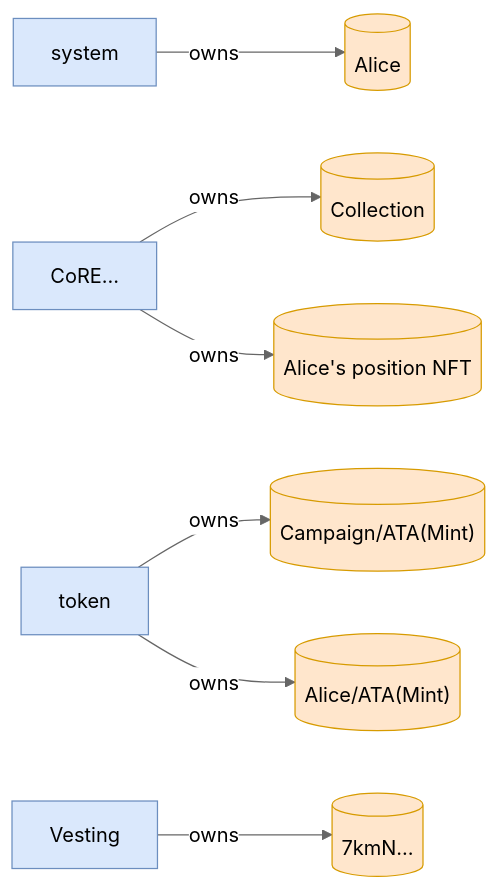
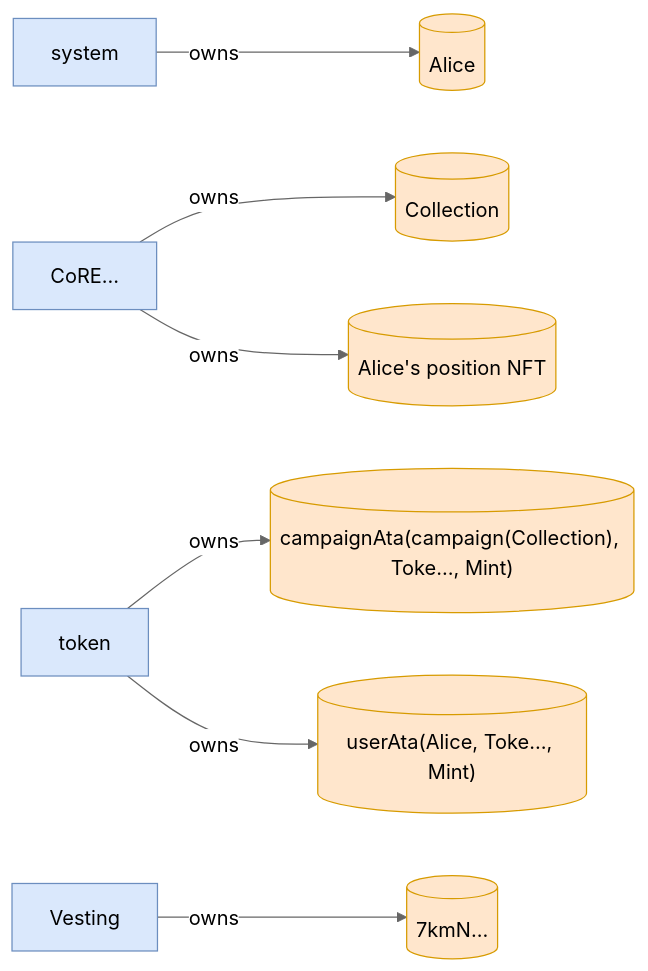
One commit to cds-turbin3/vesting-position changed diagram 12 of 12 in babelfish-tests/test-report/vested_tokens_are_forfeited_past_the_grace_window.md. Above: the diagram before and after it, drawn with Mermaid (neutral theme). The commit also changed other lines of this file and 51 other files, not shown here.

````diff
--- a/babelfish-tests/test-report/vested_tokens_are_forfeited_past_the_grace_window.md
+++ b/babelfish-tests/test-report/vested_tokens_are_forfeited_past_the_grace_window.md
@@ -543,22 +495,22 @@
 ```mermaid
 flowchart LR
     system["system"]:::program
     Alice[("Alice")]:::state
     CoRE["CoRE…"]:::program
     Collection[("Collection")]:::state
     token["token"]:::program
-    CampaignATAMint[("Campaign/ATA(Mint)")]:::state
-    AliceATAMint[("Alice/ATA(Mint)")]:::state
+    campaignAtacampaignCollectionTokeMint[("campaignAta(campaign(Collection), Toke…, Mint)")]:::state
+    userAtaAliceTokeMint[("userAta(Alice, Toke…, Mint)")]:::state
     AlicespositionNFT[("Alice's position NFT")]:::state
     Vesting["Vesting"]:::program
     7kmN[("7kmN…")]:::state
     system -->|owns| Alice
     CoRE -->|owns| Collection
-    token -->|owns| CampaignATAMint
-    token -->|owns| AliceATAMint
+    token -->|owns| campaignAtacampaignCollectionTokeMint
+    token -->|owns| userAtaAliceTokeMint
     CoRE -->|owns| AlicespositionNFT
     Vesting -->|owns| 7kmN
     classDef program fill:#dae8fc,stroke:#6c8ebf;
     classDef signer fill:#d5e8d4,stroke:#82b366;
     classDef state fill:#ffe6cc,stroke:#d79b00;
 ```
````
